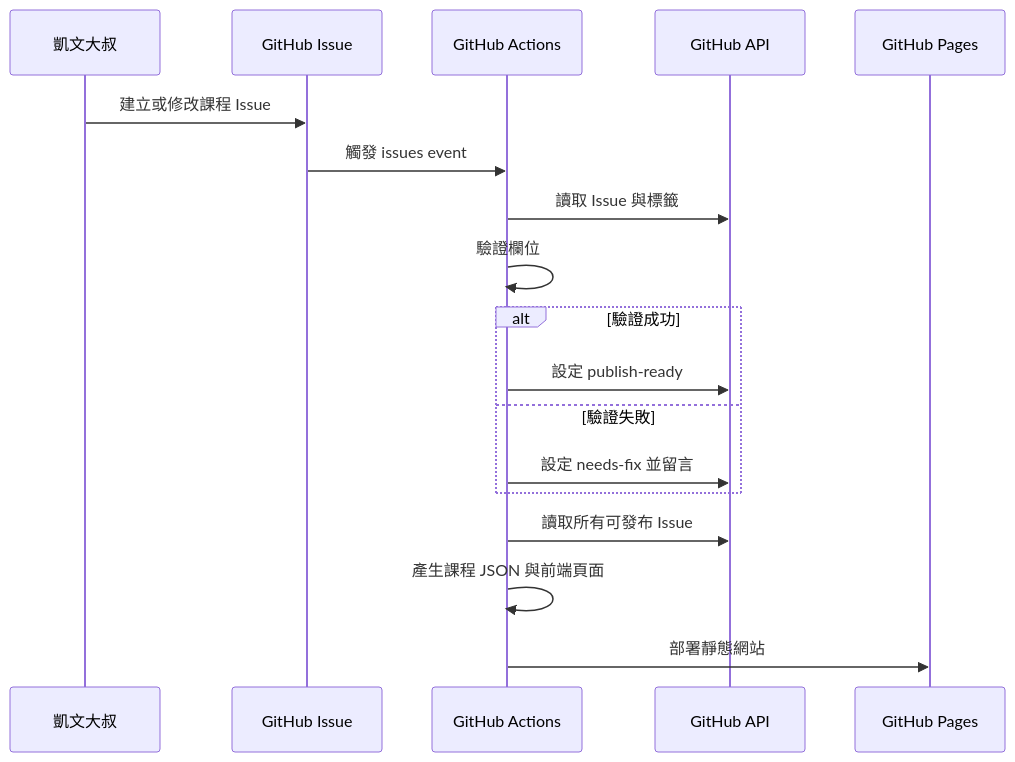
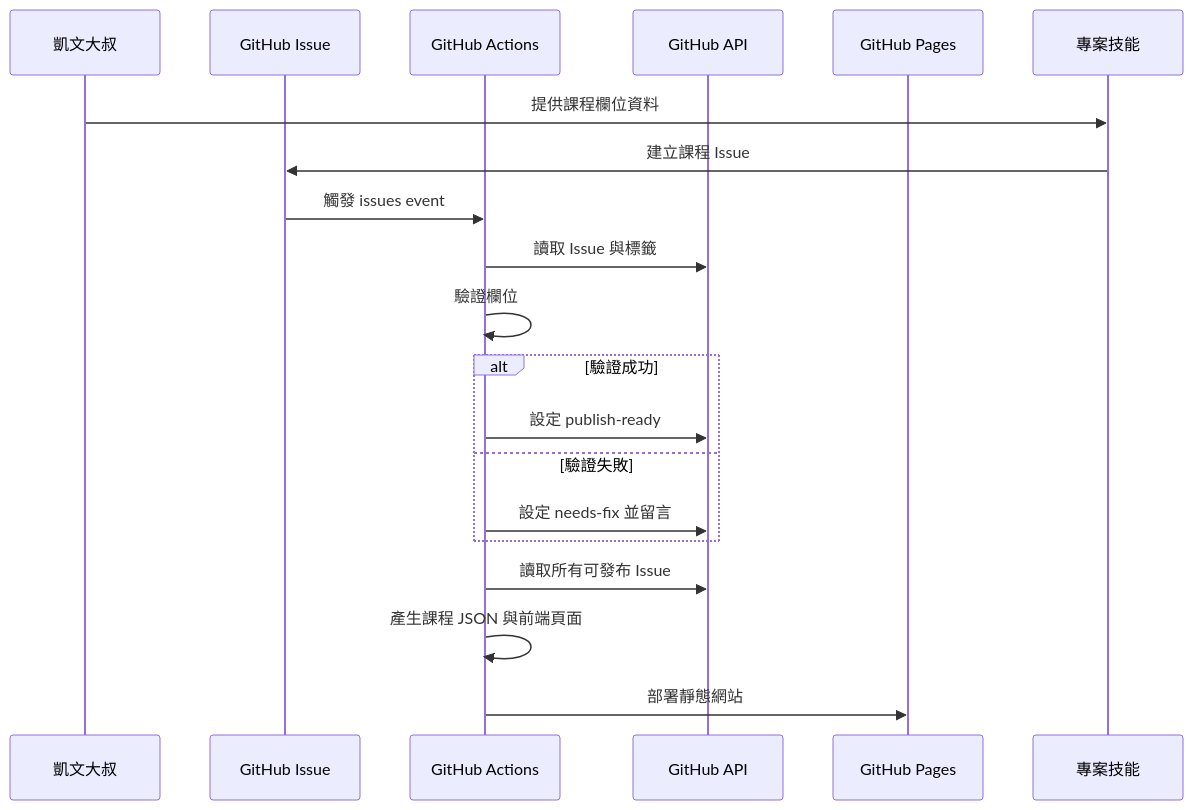
The seventh of 11 diagrams in spec.md (kevintsai1202/course-schedule), drawn with Mermaid before and after one commit. The commit also changed other lines of this file and 9 other files, not shown here.

Commit message:
feat: add course issue publisher skill

````diff
--- a/spec.md
+++ b/spec.md
@@ -185,21 +189,23 @@
 ```mermaid
 sequenceDiagram
     participant User as 凱文大叔
     participant Issue as GitHub Issue
     participant Action as GitHub Actions
     participant API as GitHub API
     participant Pages as GitHub Pages
+    participant Skill as 專案技能
 
-    User->>Issue: 建立或修改課程 Issue
+    User->>Skill: 提供課程欄位資料
+    Skill->>Issue: 建立課程 Issue
     Issue->>Action: 觸發 issues event
     Action->>API: 讀取 Issue 與標籤
     Action->>Action: 驗證欄位
     alt 驗證成功
         Action->>API: 設定 publish-ready
     else 驗證失敗
         Action->>API: 設定 needs-fix 並留言
     end
     Action->>API: 讀取所有可發布 Issue
     Action->>Action: 產生課程 JSON 與前端頁面
     Action->>Pages: 部署靜態網站
 ```
````
